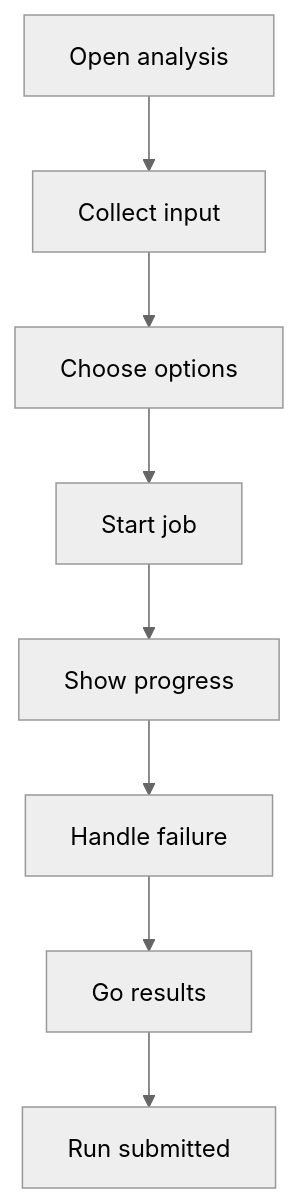
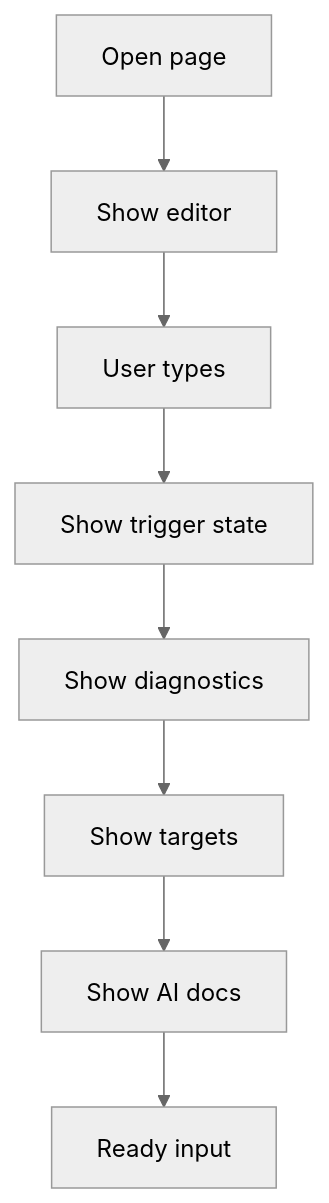
Before and after one commit to JohnAndrewBalbarosa/NeoTerritory: the diagram in docs/Codebase/Frontend/pages/analysis-new.html.md, drawn with Mermaid (neutral theme). The commit also changed other lines of this file and 25 other files, not shown here.

First line of the commit message:
Update docs for live class-analysis flow

````diff
--- a/docs/Codebase/Frontend/pages/analysis-new.html.md
+++ b/docs/Codebase/Frontend/pages/analysis-new.html.md
@@ -21,18 +26,18 @@
 ```mermaid
 flowchart TD
-    Start["Open analysis"]
-    N0["Collect input"]
-    N1["Choose options"]
-    N2["Start job"]
-    N3["Show progress"]
-    N4["Handle failure"]
-    N5["Go results"]
-    End["Run submitted"]
+    Start["Open page"]
+    N0["Show editor"]
+    N1["User types"]
+    N2["Show trigger state"]
+    N3["Show diagnostics"]
+    N4["Show targets"]
+    N5["Show AI docs"]
+    End["Ready input"]
     Start --> N0
     N0 --> N1
     N1 --> N2
     N2 --> N3
     N3 --> N4
     N4 --> N5
     N5 --> End
 ```
````
